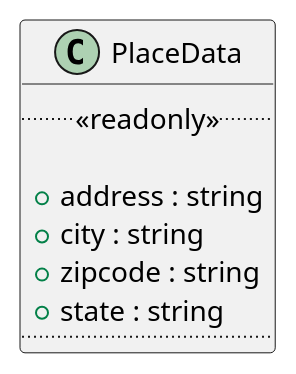
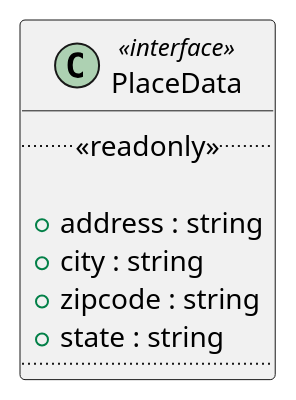
One commit to GruppOne/stalker-web-app changed the diagram in docs/diagrams/interfaces/Place/PlaceData.pu. Above: the diagram before and after it, drawn with PlantUML. The commit also changed 10 other files, not shown here.

```diff
--- a/docs/diagrams/interfaces/Place/PlaceData.pu
+++ b/docs/diagrams/interfaces/Place/PlaceData.pu
@@ -1,11 +1,11 @@
 @startuml PlaceData Diagram
-class PlaceData {
+class PlaceData <<interface>> {
   ..<<readonly>>..
 
   + address : string
   + city : string
   + zipcode : string
   + state : string
   ....
 }
 @enduml
```
